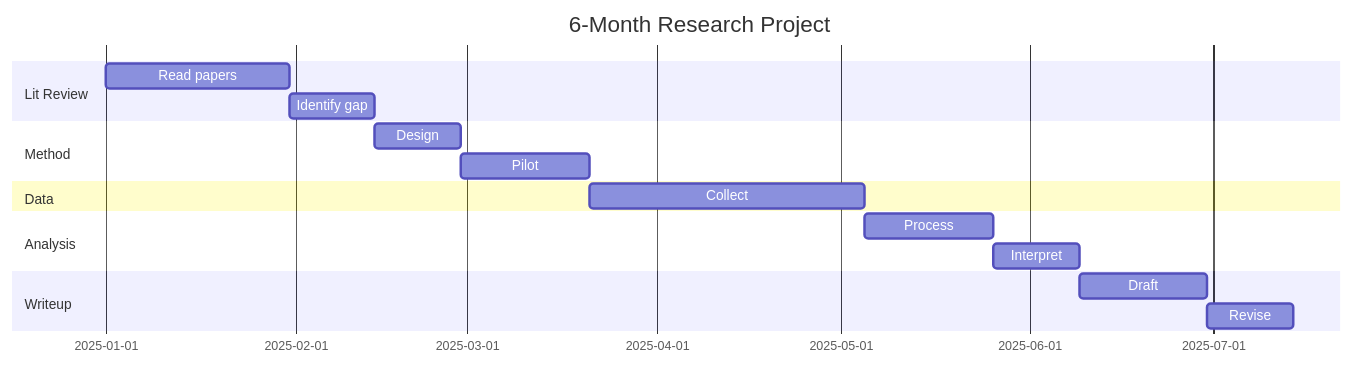
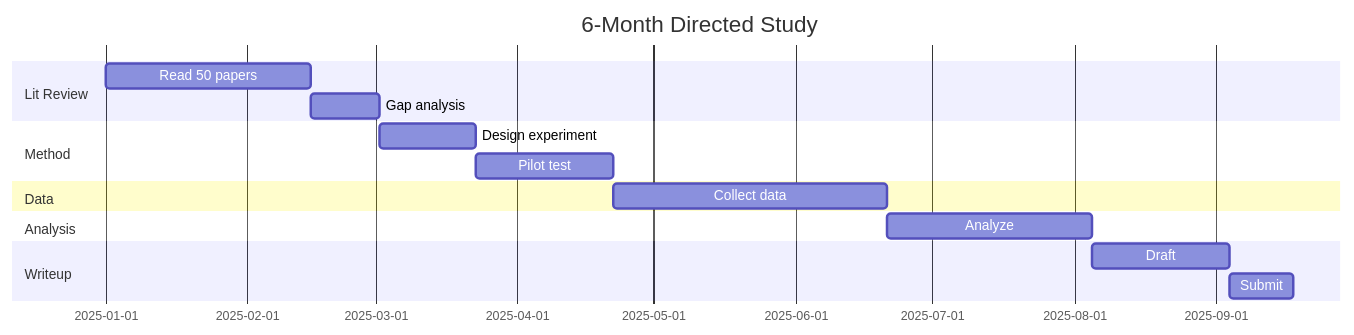
One commit to yip-lgtm/PhysicsSelfStudy changed the fourth of 7 diagrams in 01_BSc_Physics/electives/PHYS_2090X_Directed_Studies_I/README.md. Above: the diagram before and after it, drawn with Mermaid. The commit also changed other lines of this file and 17 other files, not shown here.

````diff
--- a/01_BSc_Physics/electives/PHYS_2090X_Directed_Studies_I/README.md
+++ b/01_BSc_Physics/electives/PHYS_2090X_Directed_Studies_I/README.md
@@ -128,18 +518,17 @@
 ```mermaid
 gantt
-    title 6-Month Research Project
+    title 6-Month Directed Study
     section Lit Review
-    Read papers :a1, 2025-01-01, 30d
-    Identify gap :a2, after a1, 14d
+    Read 50 papers :a1, 2025-01-01, 45d
+    Gap analysis :a2, after a1, 15d
     section Method
-    Design :b1, after a2, 14d
-    Pilot :b2, after b1, 21d
+    Design experiment :b1, after a2, 21d
+    Pilot test :b2, after b1, 30d
     section Data
-    Collect :c1, after b2, 45d
+    Collect data :c1, after b2, 60d
     section Analysis
-    Process :d1, after c1, 21d
-    Interpret :d2, after d1, 14d
+    Analyze :d1, after c1, 45d
     section Writeup
-    Draft :e1, after d2, 21d
-    Revise :e2, after e1, 14d
+    Draft :e1, after d1, 30d
+    Submit :e2, after e1, 14d
 ```
````
